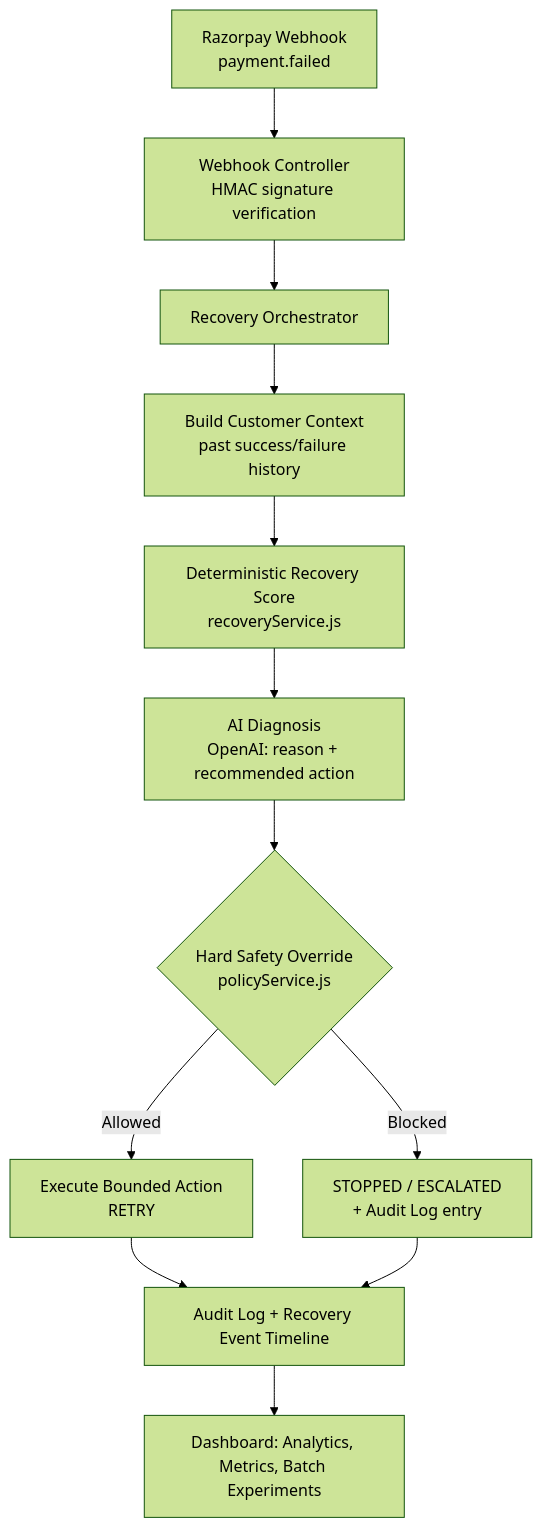
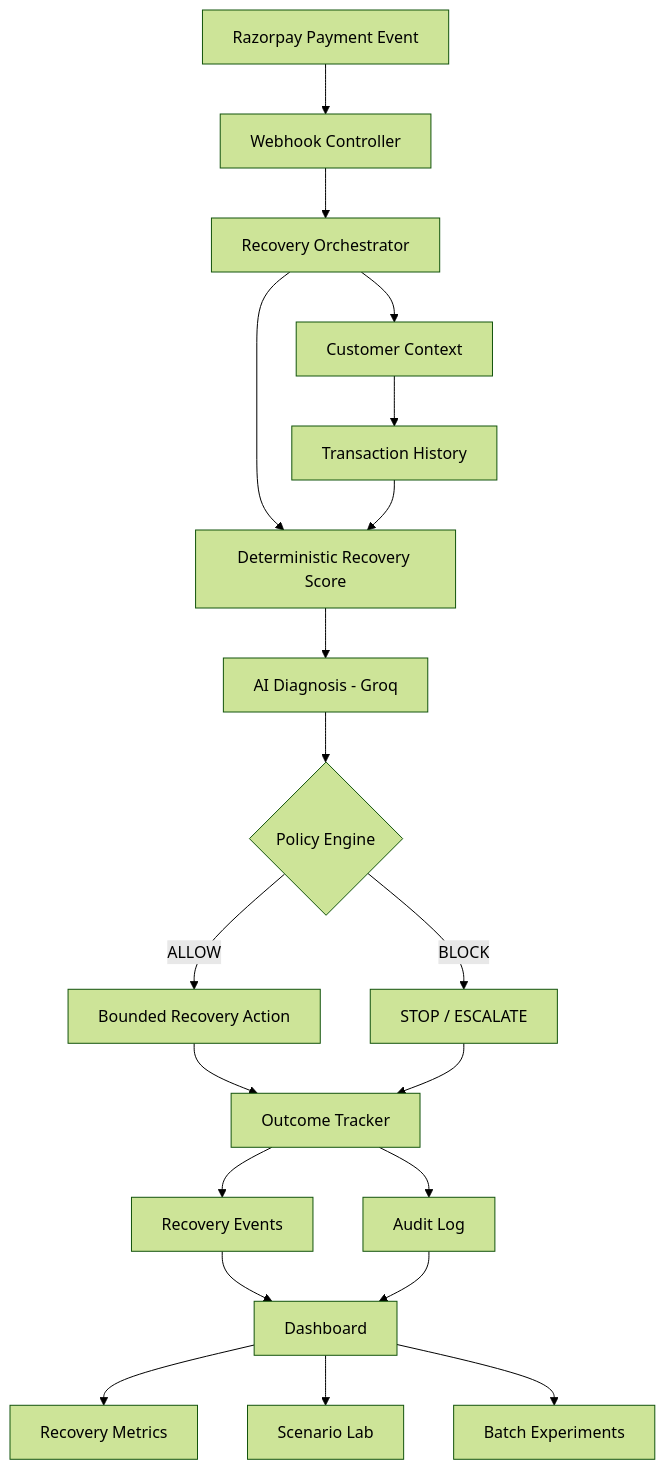
The diagram in README.md (mansisingh0519-hue/REVENUEX), drawn with Mermaid (forest theme) before and after one commit. The commit also changed other lines of this file and 2 other files, not shown here.

````diff
--- a/README.md
+++ b/README.md
@@ -18,14 +136,41 @@
 ```mermaid
 flowchart TD
-    A[Razorpay Webhook<br/>payment.failed] --> B[Webhook Controller<br/>HMAC signature verification]
+
+    A[Razorpay Payment Event] --> B[Webhook Controller]
+
     B --> C[Recovery Orchestrator]
-    C --> D[Build Customer Context<br/>past success/failure history]
-    D --> E[Deterministic Recovery Score<br/>recoveryService.js]
-    E --> F[AI Diagnosis<br/>OpenAI: reason + recommended action]
-    F --> G{Hard Safety Override<br/>policyService.js}
-    G -->|Blocked| H[STOPPED / ESCALATED<br/>+ Audit Log entry]
-    G -->|Allowed| I[Execute Bounded Action<br/>RETRY]
-    I --> J[Audit Log + Recovery Event Timeline]
-    H --> J
-    J --> K[Dashboard: Analytics, Metrics, Batch Experiments]
+
+    C --> D[Customer Context]
+
+    D --> E[Transaction History]
+
+    C --> F[Deterministic Recovery Score]
+
+    E --> F
+
+    F --> G[AI Diagnosis - Groq]
+
+    G --> H{Policy Engine}
+
+    H -->|ALLOW| I[Bounded Recovery Action]
+
+    H -->|BLOCK| J[STOP / ESCALATE]
+
+    I --> K[Outcome Tracker]
+
+    J --> K
+
+    K --> L[Recovery Events]
+
+    K --> M[Audit Log]
+
+    L --> N[Dashboard]
+
+    M --> N
+
+    N --> O[Recovery Metrics]
+
+    N --> P[Scenario Lab]
+
+    N --> Q[Batch Experiments]
 ```
````
